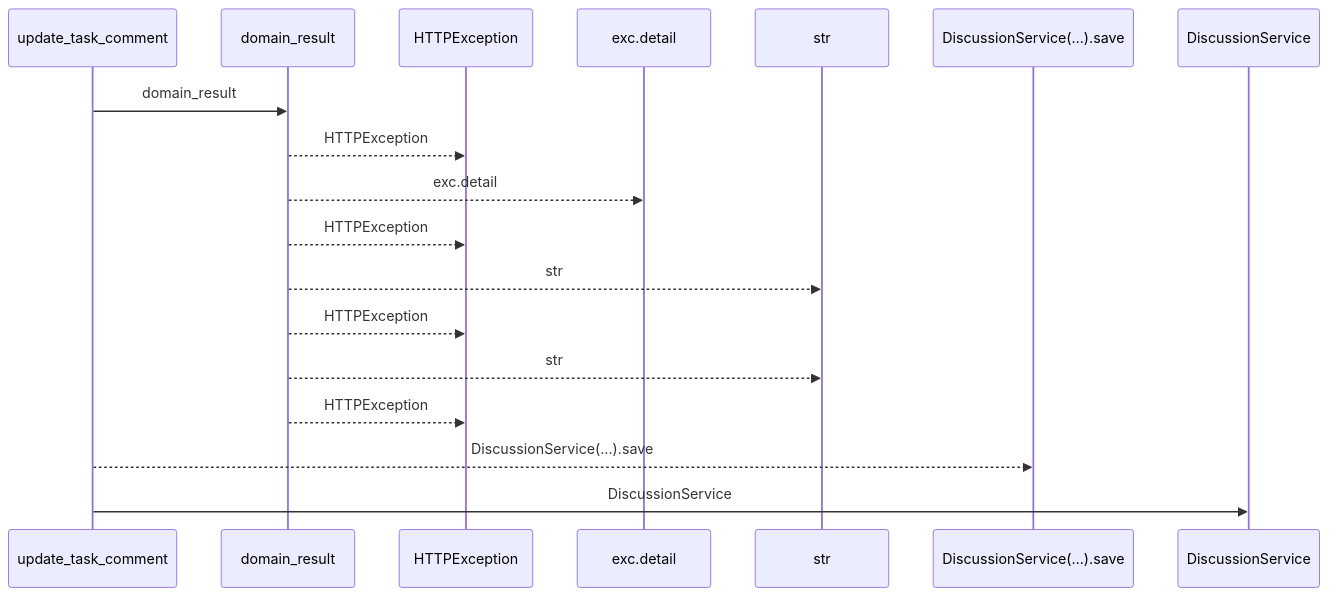
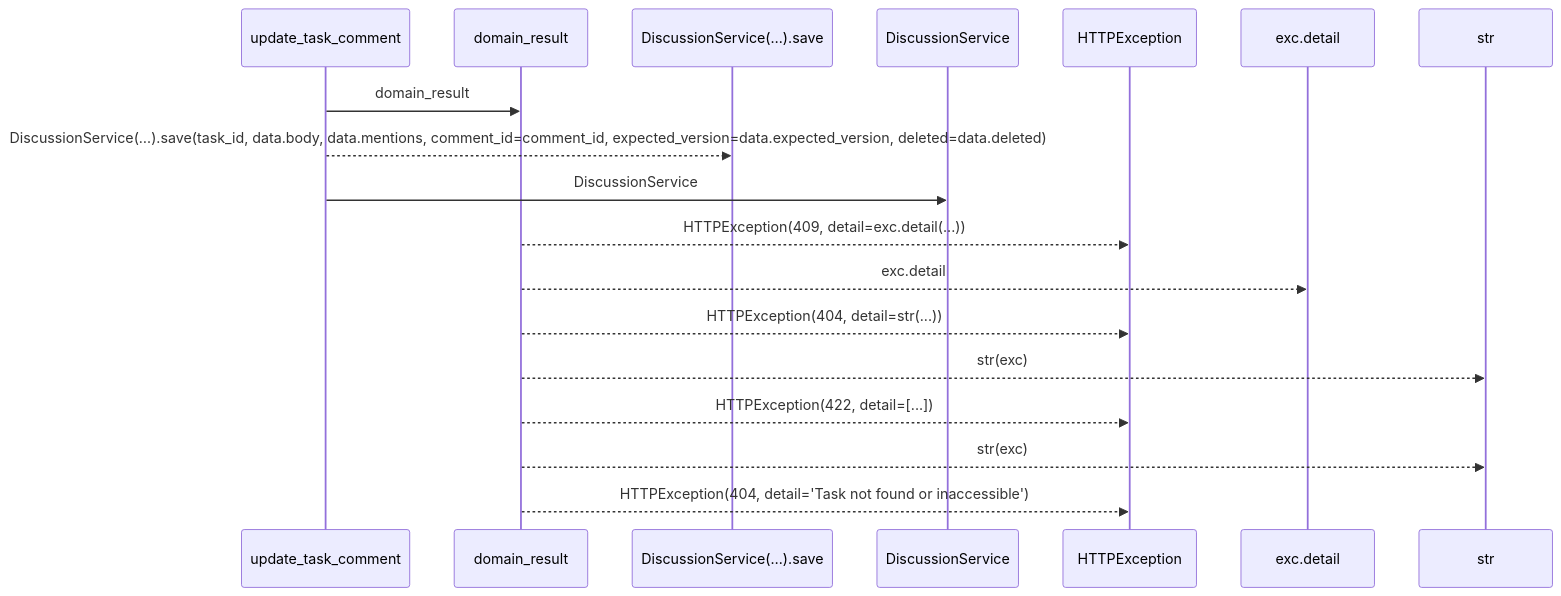
One commit to Denissvgn/WorkChord changed the first of 2 diagrams in docs/llm_wiki/flows/http-update_task_comment.md. Above: the diagram before and after it, drawn with Mermaid. The commit also changed other lines of this file and 25171 other files, not shown here.

````diff
--- a/docs/llm_wiki/flows/http-update_task_comment.md
+++ b/docs/llm_wiki/flows/http-update_task_comment.md
@@ -10,20 +12,20 @@
 ```mermaid
 sequenceDiagram
     participant p0 as update_task_comment
     participant p1 as domain_result
-    participant p2 as HTTPException
-    participant p3 as exc.detail
-    participant p4 as str
-    participant p5 as DiscussionService(…).save
-    participant p6 as DiscussionService
+    participant p2 as DiscussionService(…).save
+    participant p3 as DiscussionService
+    participant p4 as HTTPException
+    participant p5 as exc.detail
+    participant p6 as str
     p0->>p1: domain_result
-    p1-->>p2: HTTPException
-    p1-->>p3: exc.detail
-    p1-->>p2: HTTPException
-    p1-->>p4: str
-    p1-->>p2: HTTPException
-    p1-->>p4: str
-    p1-->>p2: HTTPException
-    p0-->>p5: DiscussionService(…).save
-    p0->>p6: DiscussionService
+    p0-->>p2: DiscussionService(…).save(task_id, data.body, data.mentions, comment_id=comment_id, expected_version=data.expected_version, deleted=data.deleted)
+    p0->>p3: DiscussionService
+    p1-->>p4: HTTPException(409, detail=exc.detail(...))
+    p1-->>p5: exc.detail
+    p1-->>p4: HTTPException(404, detail=str(...))
+    p1-->>p6: str(exc)
+    p1-->>p4: HTTPException(422, detail=[...])
+    p1-->>p6: str(exc)
+    p1-->>p4: HTTPException(404, detail='Task not found or inaccessible')
 ```
````
